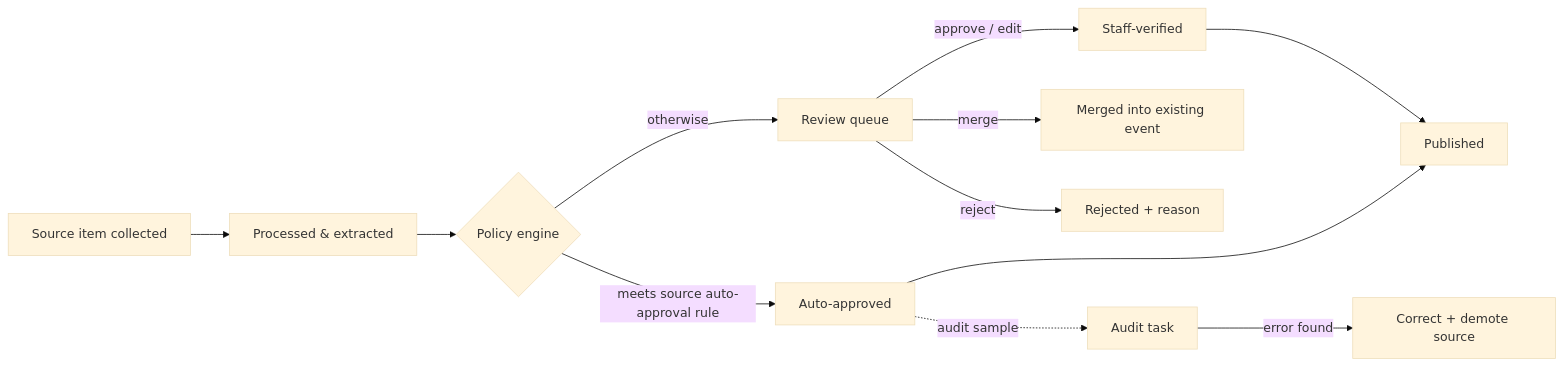
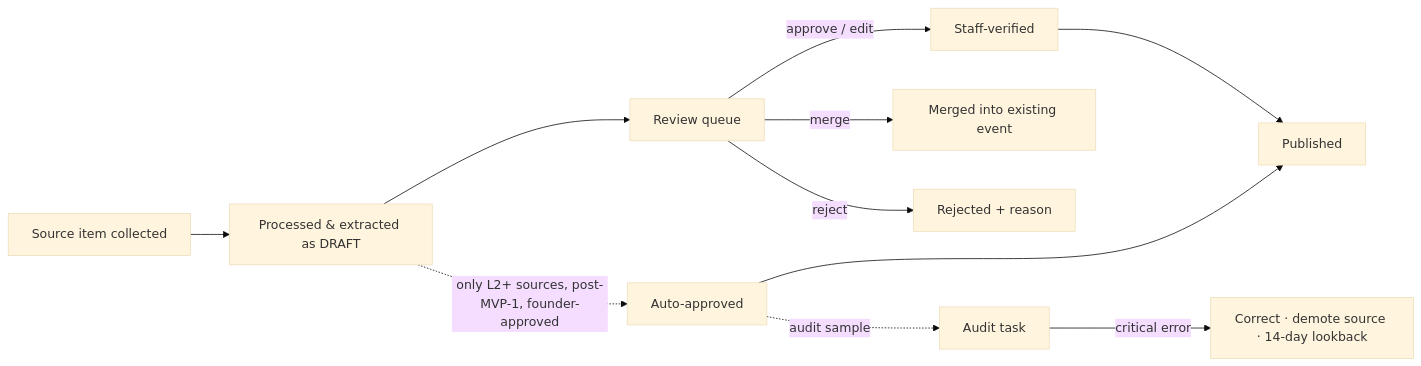
One commit to Ramazan-ryu/salaam changed the diagram in docs/CONTENT_OPERATIONS.md. Above: the diagram before and after it, drawn with Mermaid (base theme). The commit also changed other lines of this file and 32 other files, not shown here.

````diff
--- a/docs/CONTENT_OPERATIONS.md
+++ b/docs/CONTENT_OPERATIONS.md
@@ -18,14 +19,13 @@
 ```mermaid
 flowchart LR
-  A[Source item collected] --> B[Processed & extracted]
-  B --> C{Policy engine}
-  C -- meets source auto-approval rule --> D[Auto-approved]
-  C -- otherwise --> E[Review queue]
+  A[Source item collected] --> B[Processed & extracted as DRAFT]
+  B --> E[Review queue]
   E -- approve / edit --> F[Staff-verified]
   E -- merge --> G[Merged into existing event]
   E -- reject --> H[Rejected + reason]
-  D --> P[Published]
-  F --> P
+  F --> P[Published]
+  B -. only L2+ sources, post-MVP-1, founder-approved .-> D[Auto-approved]
+  D --> P
   D -. audit sample .-> E2[Audit task]
-  E2 -- error found --> X[Correct + demote source]
+  E2 -- critical error --> X[Correct · demote source · 14-day lookback]
 ```
````
